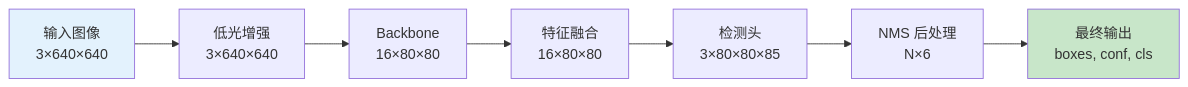
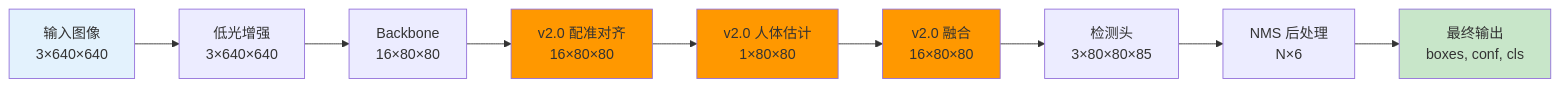
The tenth of 14 diagrams in README.md (moonway0127/yolo_low_light_enhance), drawn with Mermaid before and after one commit. The commit also changed other lines of this file and 1 other file, not shown here.

````diff
--- a/README.md
+++ b/README.md
@@ -205,12 +358,17 @@
 ```mermaid
 graph LR
     A[输入图像<br/>3×640×640] --> B[低光增强<br/>3×640×640]
     B --> C[Backbone<br/>16×80×80]
-    C --> D[特征融合<br/>16×80×80]
-    D --> E[检测头<br/>3×80×80×85]
-    E --> F[NMS 后处理<br/>N×6]
-    F --> G[最终输出<br/>boxes, conf, cls]
+    C --> D[v2.0 配准对齐<br/>16×80×80]
+    D --> E[v2.0 人体估计<br/>1×80×80]
+    E --> F[v2.0 融合<br/>16×80×80]
+    F --> G[检测头<br/>3×80×80×85]
+    G --> H[NMS 后处理<br/>N×6]
+    H --> I[最终输出<br/>boxes, conf, cls]
     
     style A fill:#e3f2fd
-    style G fill:#c8e6c9
+    style I fill:#c8e6c9
+    style D fill:#ff9800
+    style E fill:#ff9800
+    style F fill:#ff9800
 ```
````
